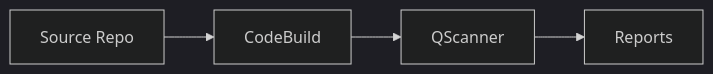
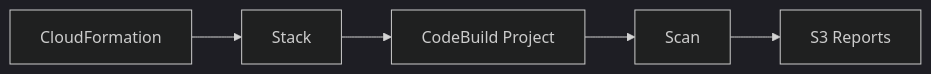
One commit to nelssec/qualys-codebuild changed diagram 13 of 16 in docs/technical-architecture.md. Above: the diagram before and after it, drawn with Mermaid (dark theme). The commit also changed other lines of this file and 5 other files, not shown here.

First line of the commit message:
Qualys QScanner for AWS CodeBuild

````diff
--- a/docs/technical-architecture.md
+++ b/docs/technical-architecture.md
@@ -503,6 +403,7 @@
 ```mermaid
 flowchart LR
-    REPO[Source Repo] --> CB[CodeBuild]
-    CB --> SCAN[QScanner]
-    SCAN --> S3[Reports]
+    CFN[CloudFormation] --> STACK[Stack]
+    STACK --> CB[CodeBuild Project]
+    CB --> SCAN[Scan]
+    SCAN --> S3[S3 Reports]
 ```
````
